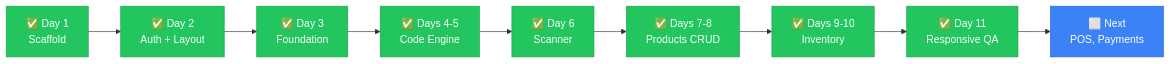
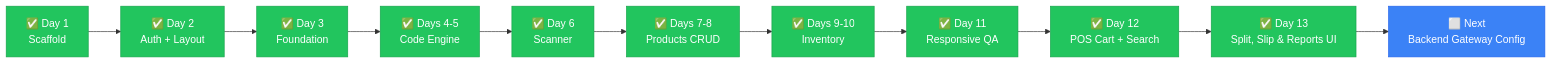
Before and after one commit to nij22370/scanpay: the diagram in docs/ai-collab/HANDOVER.md, drawn with Mermaid. The commit also changed other lines of this file and 12 other files, not shown here.

Commit message:
feat(pos): add cart state with persist, product search with debounce, responsive POS layout

````diff
--- a/docs/ai-collab/HANDOVER.md
+++ b/docs/ai-collab/HANDOVER.md
@@ -9,21 +9,25 @@
 ```mermaid
 graph LR
     DONE1["✅ Day 1<br/>Scaffold"] --> DONE2["✅ Day 2<br/>Auth + Layout"]
     DONE2 --> DONE3["✅ Day 3<br/>Foundation"]
     DONE3 --> DONE4["✅ Days 4-5<br/>Code Engine"]
     DONE4 --> DONE5["✅ Day 6<br/>Scanner"]
     DONE5 --> DONE7["✅ Days 7-8<br/>Products CRUD"]
     DONE7 --> DONE9["✅ Days 9-10<br/>Inventory"]
     DONE9 --> DONE11["✅ Day 11<br/>Responsive QA"]
-    DONE11 --> TODO["⬜ Next<br/>POS, Payments"]
+    DONE11 --> DONE12["✅ Day 12<br/>POS Cart + Search"]
+    DONE12 --> DONE13["✅ Day 13<br/>Split, Slip & Reports UI"]
+    DONE13 --> TODO["⬜ Next<br/>Backend Gateway Config"]
 
     style DONE1 fill:#22c55e,stroke:#16a34a,color:#fff
     style DONE2 fill:#22c55e,stroke:#16a34a,color:#fff
     style DONE3 fill:#22c55e,stroke:#16a34a,color:#fff
     style DONE4 fill:#22c55e,stroke:#16a34a,color:#fff
     style DONE5 fill:#22c55e,stroke:#16a34a,color:#fff
     style DONE7 fill:#22c55e,stroke:#16a34a,color:#fff
     style DONE9 fill:#22c55e,stroke:#16a34a,color:#fff
     style DONE11 fill:#22c55e,stroke:#16a34a,color:#fff
+    style DONE12 fill:#22c55e,stroke:#16a34a,color:#fff
+    style DONE13 fill:#22c55e,stroke:#16a34a,color:#fff
     style TODO fill:#3b82f6,stroke:#2563eb,color:#fff
 ```
````
